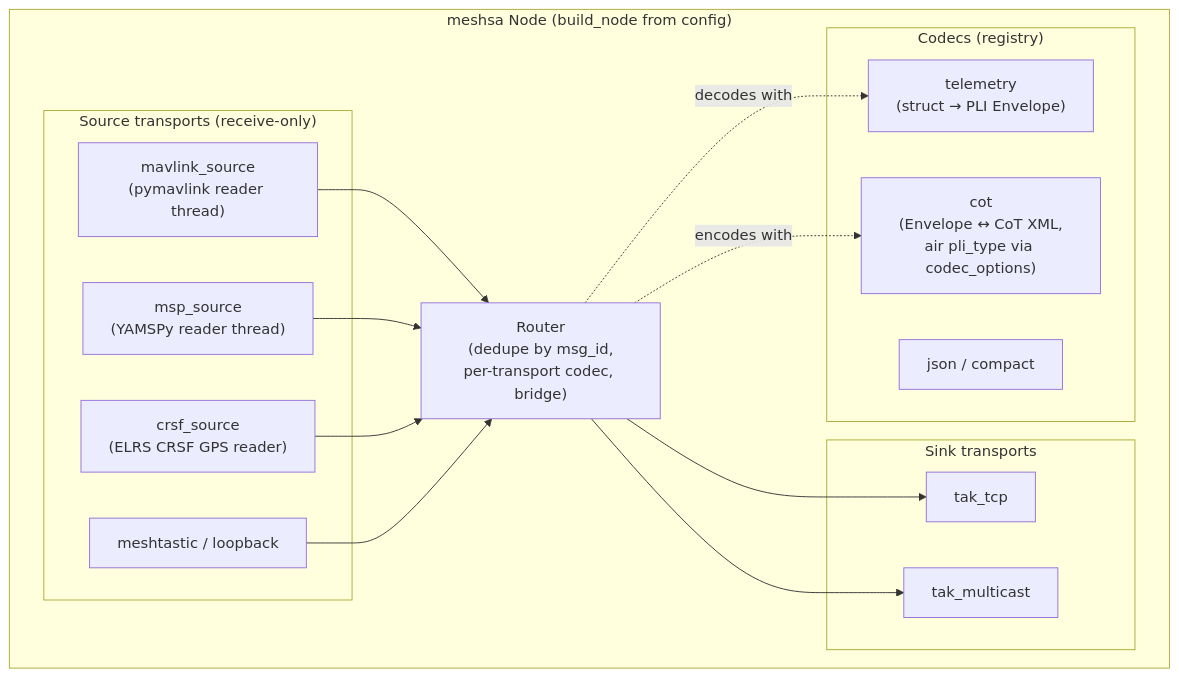
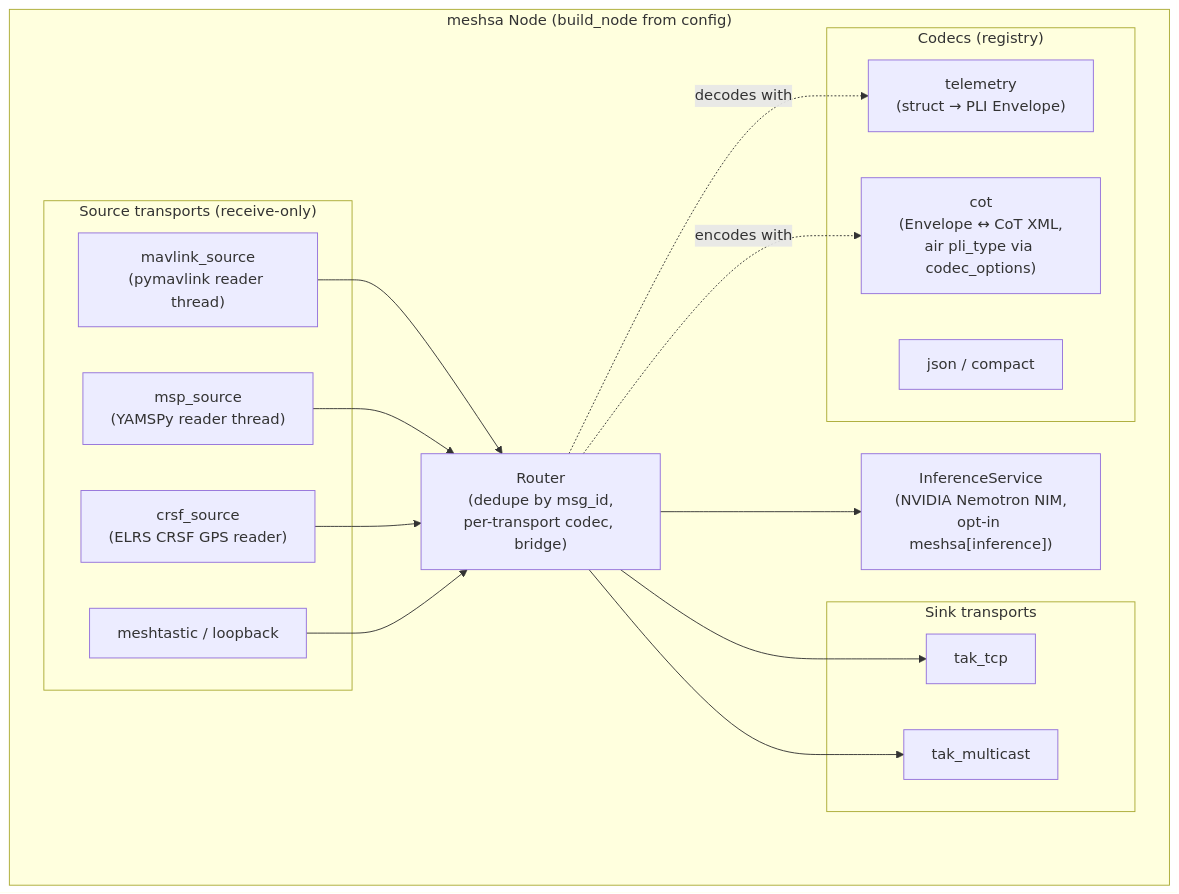
The third of 4 diagrams in docs/C4.md (ianshank/GCP-Drone-Comms-Unit), drawn with Mermaid before and after one commit. The commit also changed other lines of this file and 7 other files, not shown here.

First line of the commit message:
docs: update all documentation for inference service (initiative E)

````diff
--- a/docs/C4.md
+++ b/docs/C4.md
@@ -57,29 +57,31 @@
 ```mermaid
 flowchart TB
     subgraph node["meshsa Node (build_node from config)"]
         router["Router<br/>(dedupe by msg_id,<br/>per-transport codec, bridge)"]
         subgraph sources["Source transports (receive-only)"]
             mav["mavlink_source<br/>(pymavlink reader thread)"]
             msp["msp_source<br/>(YAMSPy reader thread)"]
             crsf["crsf_source<br/>(ELRS CRSF GPS reader)"]
             mtx["meshtastic / loopback"]
         end
         subgraph sinks["Sink transports"]
             taktcp["tak_tcp"]
             takmc["tak_multicast"]
         end
         subgraph codecs["Codecs (registry)"]
             tel["telemetry<br/>(struct → PLI Envelope)"]
             cot["cot<br/>(Envelope ↔ CoT XML,<br/>air pli_type via codec_options)"]
             jsonc["json / compact"]
         end
         mav --> router
         msp --> router
         crsf --> router
         mtx --> router
         router --> taktcp
         router --> takmc
         router -. decodes with .-> tel
         router -. encodes with .-> cot
+        infer["InferenceService<br/>(NVIDIA Nemotron NIM,<br/>opt-in meshsa[inference])"]
+        router --> infer
     end
 ```
````
